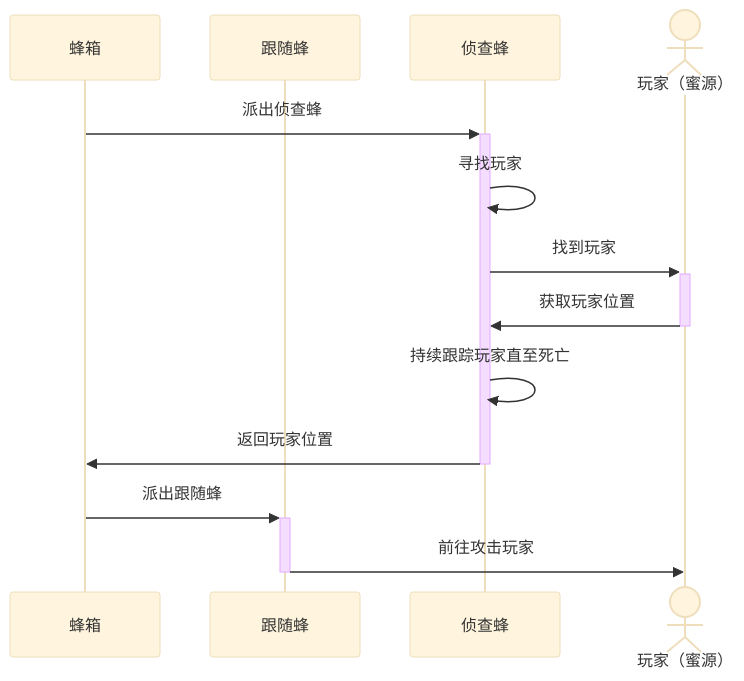
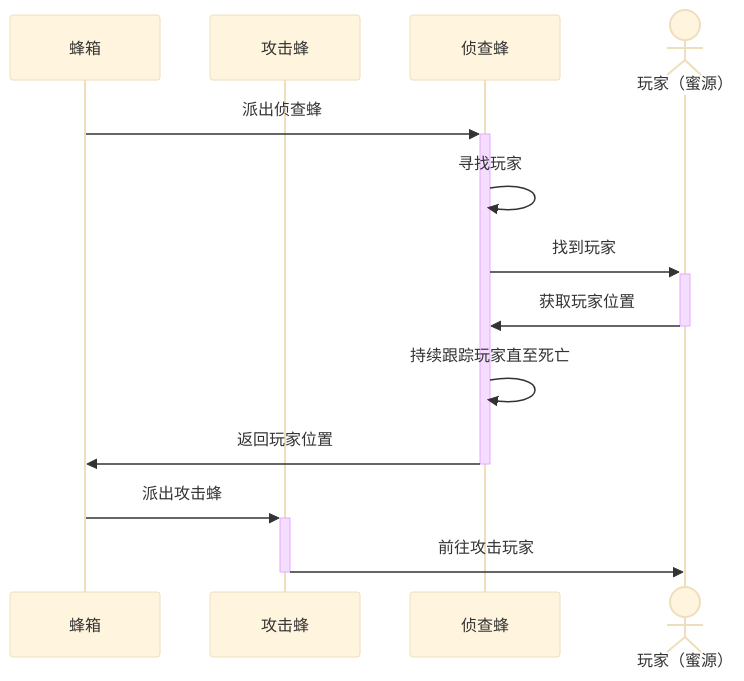
One commit to hby-star/AntiDroneSimulator changed the second of 2 diagrams in Note.md. Above: the diagram before and after it, drawn with Mermaid (base theme). The commit also changed other lines of this file and 1 other file, not shown here.

````diff
--- a/Note.md
+++ b/Note.md
@@ -113,18 +95,18 @@
 ```mermaid
 sequenceDiagram
     participant Beehive as 蜂箱
-    participant FollowerBee as 跟随蜂
+    participant FollowerBee as 攻击蜂
     participant ScoutBee as 侦查蜂
     
     actor Player as 玩家（蜜源）
     
     Beehive ->> +ScoutBee: 派出侦查蜂
     ScoutBee ->> ScoutBee: 寻找玩家
 	ScoutBee ->> +Player: 找到玩家
 	Player ->> -ScoutBee: 获取玩家位置
 	ScoutBee ->> ScoutBee: 持续跟踪玩家直至死亡
 	ScoutBee ->> -Beehive: 返回玩家位置
-	Beehive ->> +FollowerBee: 派出跟随蜂
+	Beehive ->> +FollowerBee: 派出攻击蜂
 	FollowerBee ->> -Player: 前往攻击玩家
     
 ```
````
